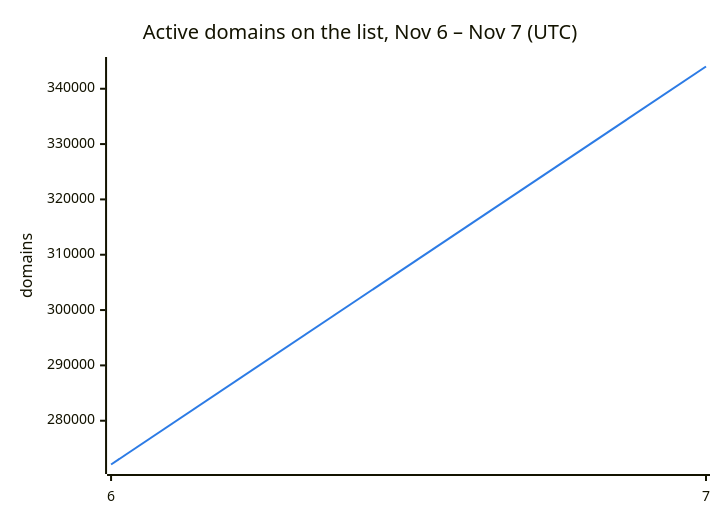
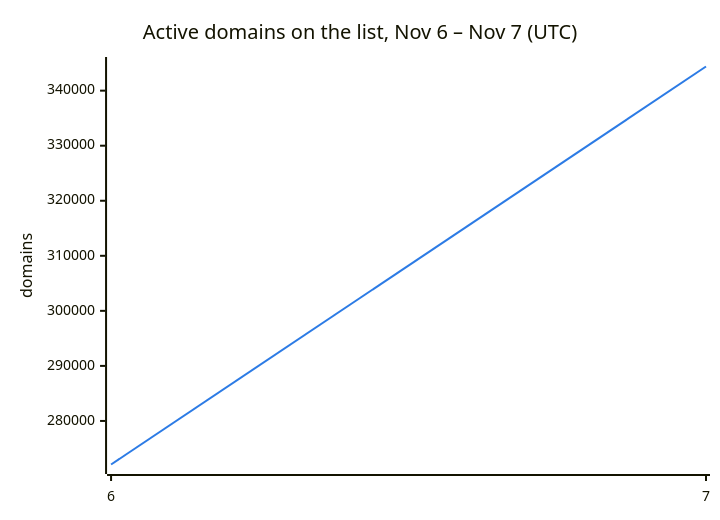
One commit to DNSBunker/CTI changed the second of 3 diagrams in README.md. Above: the diagram before and after it, drawn with Mermaid. The commit also changed other lines of this file and 3 other files, not shown here.

````diff
--- a/README.md
+++ b/README.md
@@ -38,8 +38,8 @@
 ```mermaid
 %%{init: {"themeVariables": {"xyChart": {"plotColorPalette": "#2c7be5"}}}}%%
 xychart-beta
     title "Active domains on the list, Nov 6 – Nov 7 (UTC)"
     x-axis ["6", "7"]
     y-axis "domains"
-    line [272088, 344020]
+    line [272088, 344387]
 ```
````
